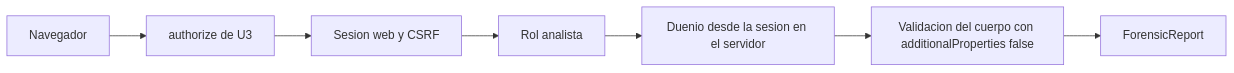
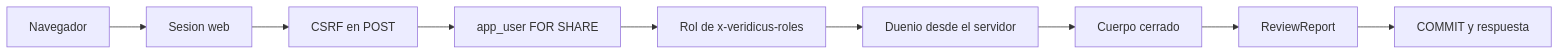
The first of 2 diagrams in aidlc/spaces/default/intents/261002-veridicus-mvp/construction/forensic-report/nfr-design/security-design.md (freyesJaveriana/tai), drawn with Mermaid before and after one commit. The commit also changed other lines of this file and 11 other files, not shown here.

````diff
--- a/aidlc/spaces/default/intents/261002-veridicus-mvp/construction/forensic-report/nfr-design/security-design.md
+++ b/aidlc/spaces/default/intents/261002-veridicus-mvp/construction/forensic-report/nfr-design/security-design.md
@@ -33,9 +60,11 @@
 ```mermaid
 flowchart LR
-  N[Navegador] --> A[authorize de U3]
-  A --> S[Sesion web y CSRF]
-  S --> R[Rol analista]
-  R --> O[Duenio desde la sesion en el servidor]
-  O --> V[Validacion del cuerpo con additionalProperties false]
-  V --> F[ForensicReport]
+  N[Navegador] --> S[Sesion web]
+  S --> X[CSRF en POST]
+  X --> U[app_user FOR SHARE]
+  U --> R[Rol de x-veridicus-roles]
+  R --> O[Duenio desde el servidor]
+  O --> V[Cuerpo cerrado]
+  V --> F[ReviewReport]
+  F --> K[COMMIT y respuesta]
 ```
````
